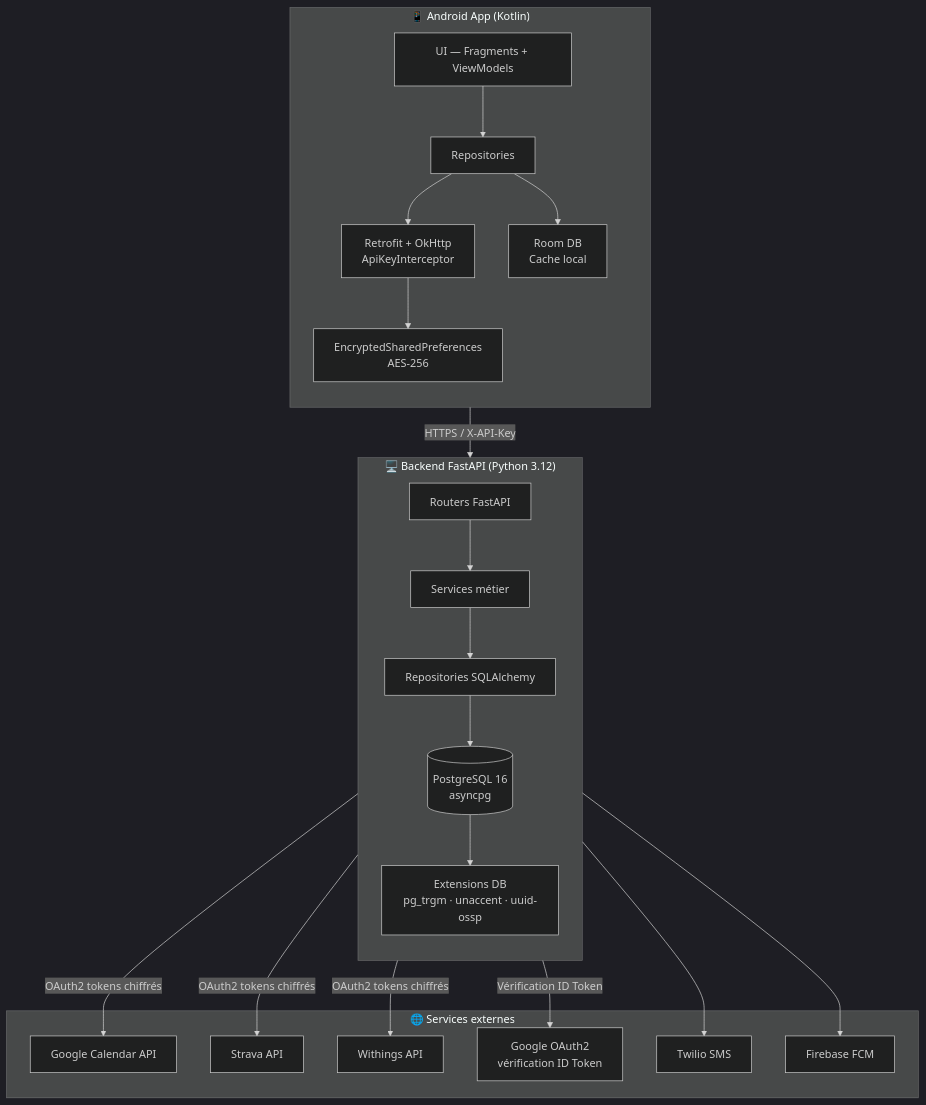
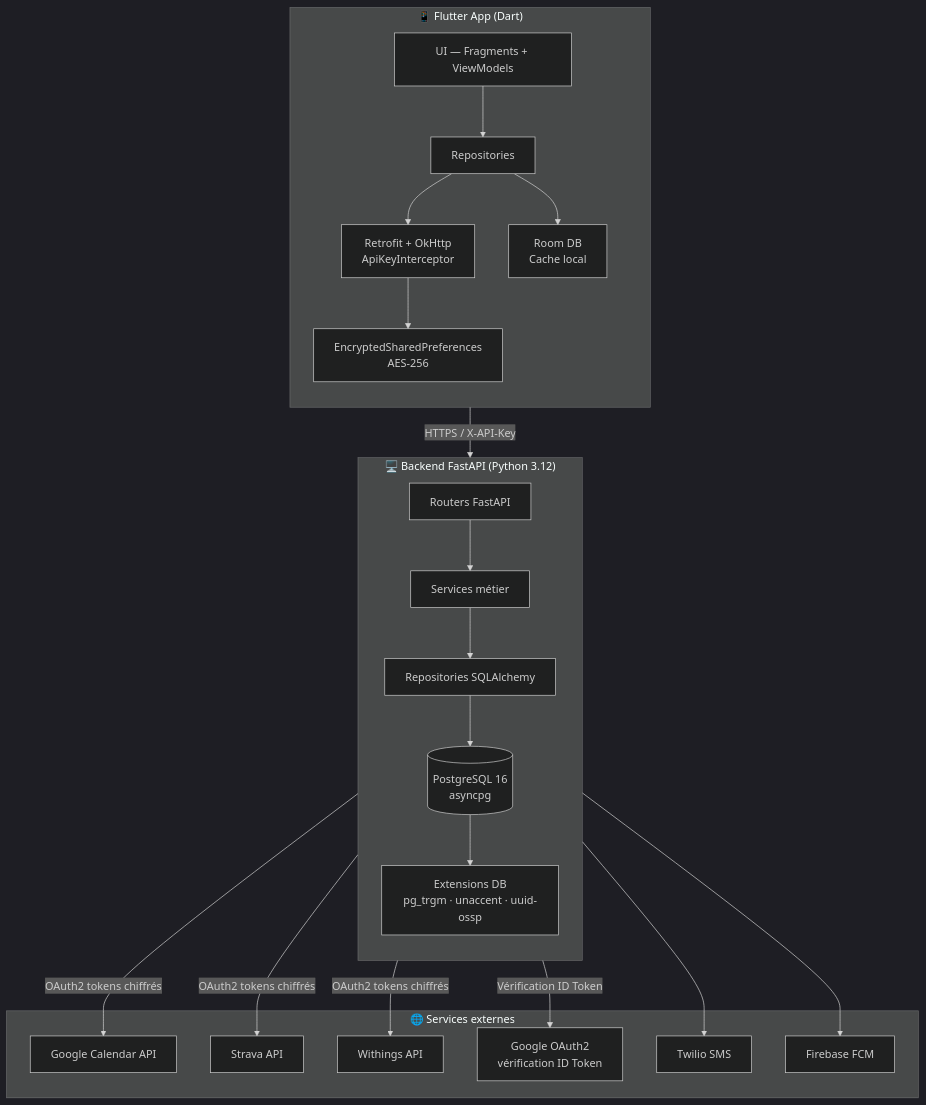
The first of 10 diagrams in docs/FLOWS_00_ARCHITECTURE.md (gaelgael5/mycoach), drawn with Mermaid (dark theme) before and after one commit. The commit also changed other lines of this file and 81 other files, not shown here.

First line of the commit message:
feat: Flutter multi-platform frontend (Android + iOS + Web)

````diff
--- a/docs/FLOWS_00_ARCHITECTURE.md
+++ b/docs/FLOWS_00_ARCHITECTURE.md
@@ -9,47 +9,47 @@
 ```mermaid
 flowchart TB
-    subgraph Mobile ["📱 Android App (Kotlin)"]
+    subgraph Mobile ["📱 Flutter App (Dart)"]
         direction TB
         UI[UI — Fragments + ViewModels]
         REPO[Repositories]
         NET[Retrofit + OkHttp<br/>ApiKeyInterceptor]
         STORE[EncryptedSharedPreferences<br/>AES-256]
         ROOM[Room DB<br/>Cache local]
 
         UI --> REPO
         REPO --> NET
         REPO --> ROOM
         NET --> STORE
     end
 
     subgraph Backend ["🖥️ Backend FastAPI (Python 3.12)"]
         direction TB
         ROUTER[Routers FastAPI]
         SERVICE[Services métier]
         REPO_B[Repositories SQLAlchemy]
         DB[(PostgreSQL 16<br/>asyncpg)]
         CACHE[Extensions DB<br/>pg_trgm · unaccent · uuid-ossp]
 
         ROUTER --> SERVICE
         SERVICE --> REPO_B
         REPO_B --> DB
         DB --> CACHE
     end
 
     subgraph External ["🌐 Services externes"]
         GC[Google Calendar API]
         STR[Strava API]
         WITH[Withings API]
         GAUTH[Google OAuth2<br/>vérification ID Token]
         SMS[Twilio SMS]
         PUSH[Firebase FCM]
     end
 
     NET -->|HTTPS / X-API-Key| ROUTER
     SERVICE -->|OAuth2 tokens chiffrés| GC
     SERVICE -->|OAuth2 tokens chiffrés| STR
     SERVICE -->|OAuth2 tokens chiffrés| WITH
     ROUTER -->|Vérification ID Token| GAUTH
     SERVICE --> SMS
     SERVICE --> PUSH
 ```
````
